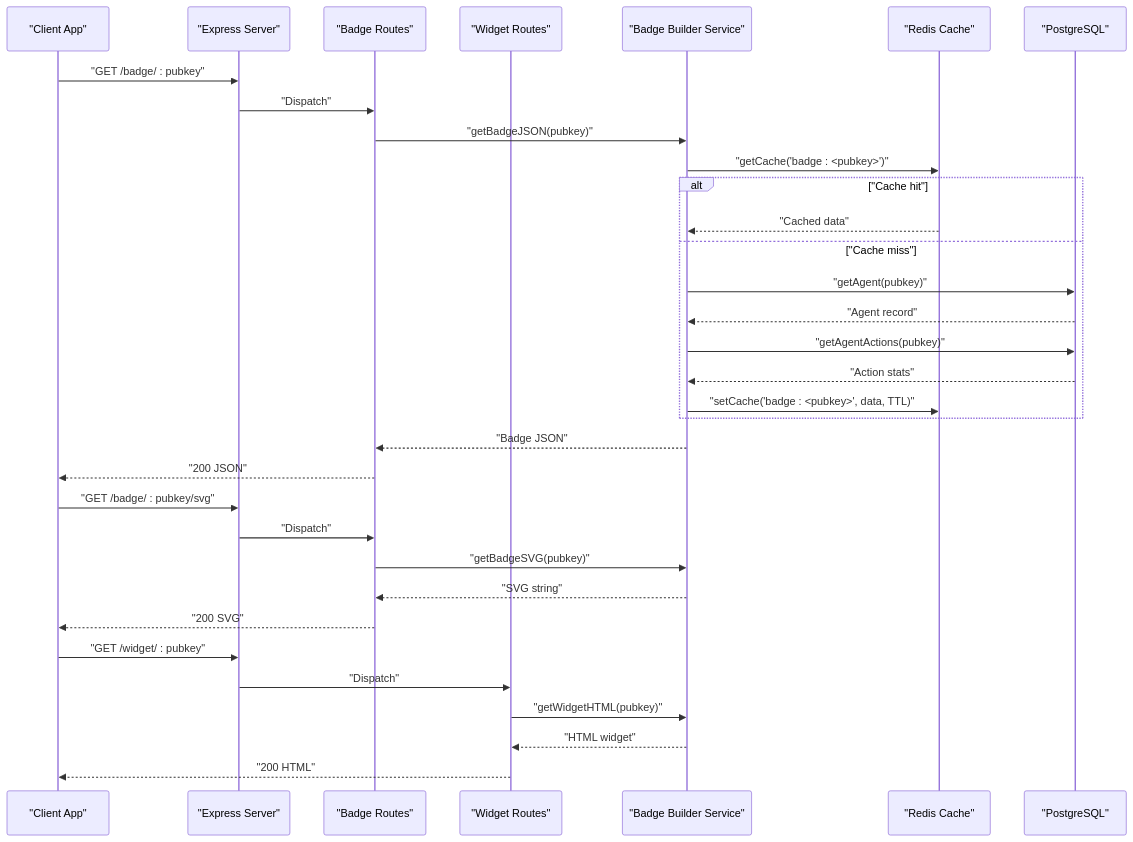
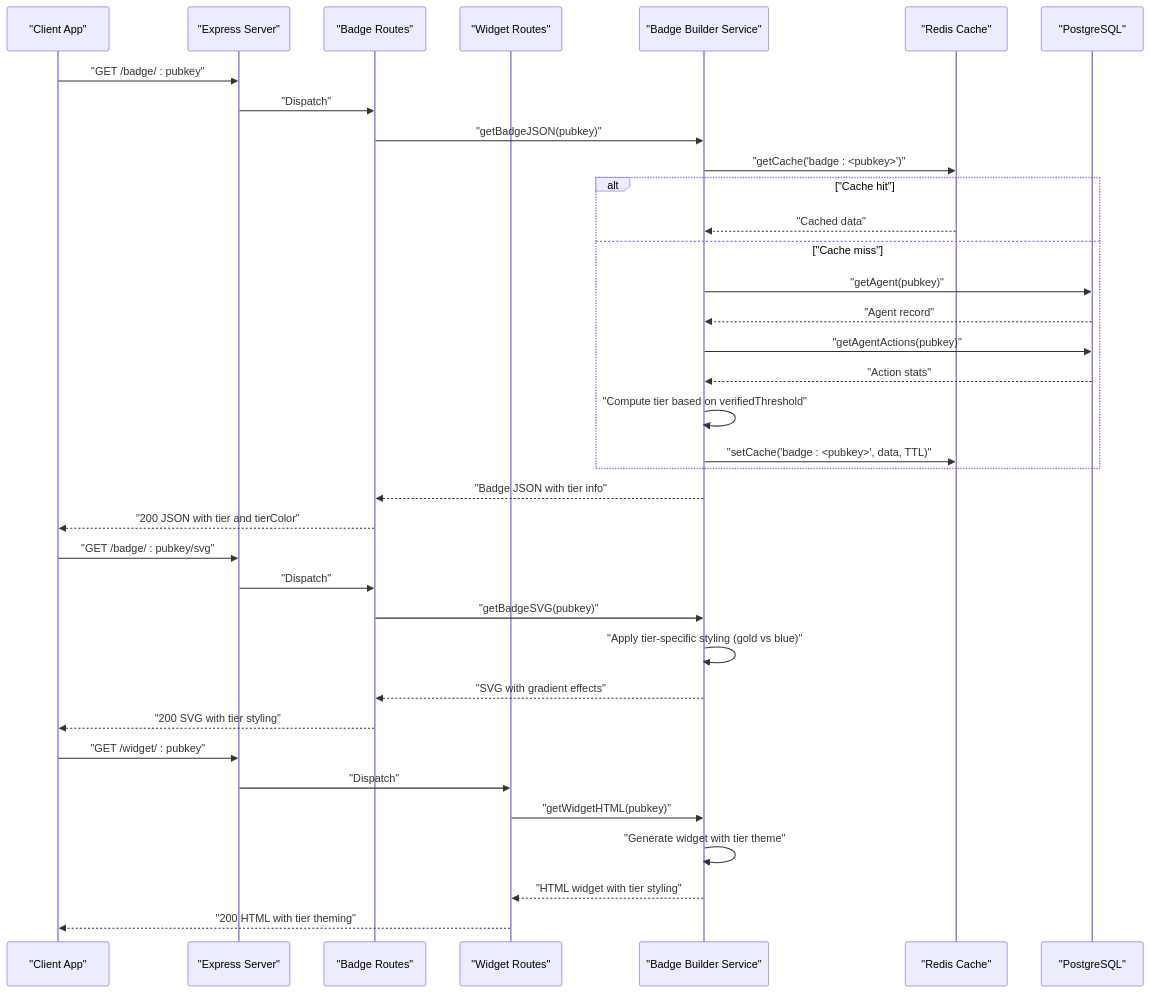
One commit to RunTimeAdmin/AgentID changed the second of 3 diagrams in .qoder/repowiki/en/content/Project Overview/Core Components/Trust Badge API and Widget System.md. Above: the diagram before and after it, drawn with Mermaid. The commit also changed other lines of this file and 9 other files, not shown here.

````diff
--- a/.qoder/repowiki/en/content/Project Overview/Core Components/Trust Badge API and Widget System.md
+++ b/.qoder/repowiki/en/content/Project Overview/Core Components/Trust Badge API and Widget System.md
@@ -119,35 +137,38 @@
 ```mermaid
 sequenceDiagram
 participant Client as "Client App"
 participant API as "Express Server"
 participant BadgeRoutes as "Badge Routes"
 participant WidgetRoutes as "Widget Routes"
 participant BadgeSvc as "Badge Builder Service"
 participant Redis as "Redis Cache"
 participant DB as "PostgreSQL"
 Client->>API : "GET /badge/ : pubkey"
 API->>BadgeRoutes : "Dispatch"
 BadgeRoutes->>BadgeSvc : "getBadgeJSON(pubkey)"
 BadgeSvc->>Redis : "getCache('badge : <pubkey>')"
 alt "Cache hit"
 Redis-->>BadgeSvc : "Cached data"
 else "Cache miss"
 BadgeSvc->>DB : "getAgent(pubkey)"
 DB-->>BadgeSvc : "Agent record"
 BadgeSvc->>DB : "getAgentActions(pubkey)"
 DB-->>BadgeSvc : "Action stats"
+BadgeSvc->>BadgeSvc : "Compute tier based on verifiedThreshold"
 BadgeSvc->>Redis : "setCache('badge : <pubkey>', data, TTL)"
 end
-BadgeSvc-->>BadgeRoutes : "Badge JSON"
-BadgeRoutes-->>Client : "200 JSON"
+BadgeSvc-->>BadgeRoutes : "Badge JSON with tier info"
+BadgeRoutes-->>Client : "200 JSON with tier and tierColor"
 Client->>API : "GET /badge/ : pubkey/svg"
 API->>BadgeRoutes : "Dispatch"
 BadgeRoutes->>BadgeSvc : "getBadgeSVG(pubkey)"
-BadgeSvc-->>BadgeRoutes : "SVG string"
-BadgeRoutes-->>Client : "200 SVG"
+BadgeSvc->>BadgeSvc : "Apply tier-specific styling (gold vs blue)"
+BadgeSvc-->>BadgeRoutes : "SVG with gradient effects"
+BadgeRoutes-->>Client : "200 SVG with tier styling"
 Client->>API : "GET /widget/ : pubkey"
 API->>WidgetRoutes : "Dispatch"
 WidgetRoutes->>BadgeSvc : "getWidgetHTML(pubkey)"
-BadgeSvc-->>WidgetRoutes : "HTML widget"
-WidgetRoutes-->>Client : "200 HTML"
+BadgeSvc->>BadgeSvc : "Generate widget with tier theme"
+BadgeSvc-->>WidgetRoutes : "HTML widget with tier styling"
+WidgetRoutes-->>Client : "200 HTML with tier theming"
 ```
````
